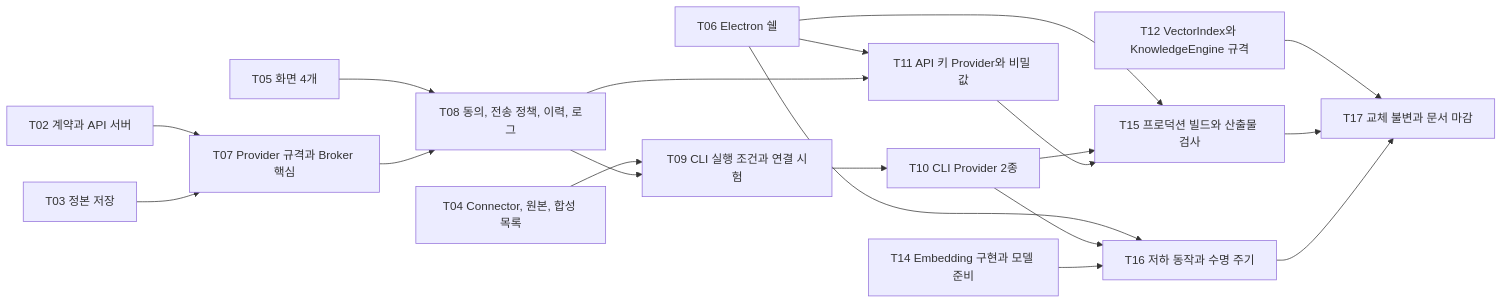
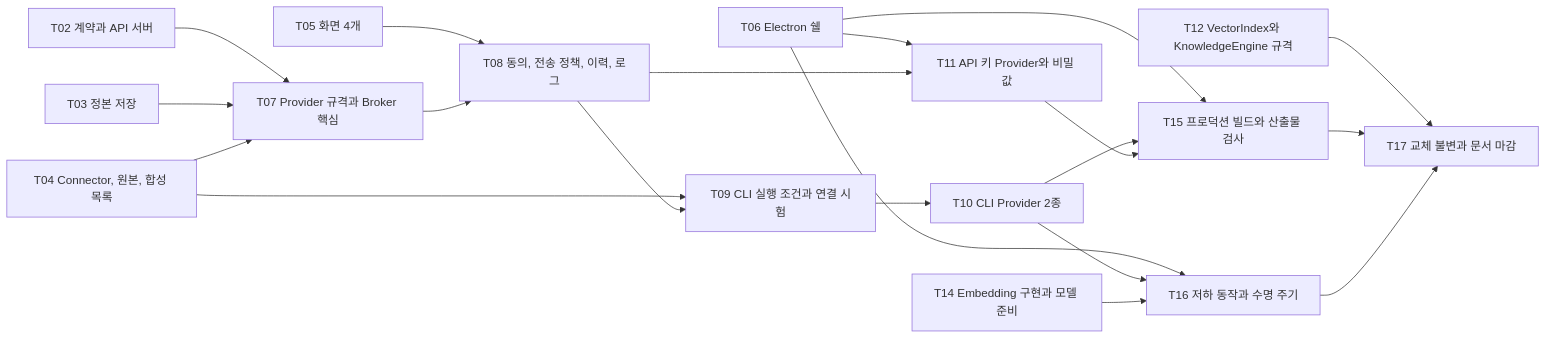
One commit to nohdol97/PKI changed the third of 3 diagrams in docs/specs/2026-11-21-V01-vertical-skeleton.md. Above: the diagram before and after it, drawn with Mermaid. The commit also changed other lines of this file and 9 other files, not shown here.

````diff
--- a/docs/specs/2026-11-21-V01-vertical-skeleton.md
+++ b/docs/specs/2026-11-21-V01-vertical-skeleton.md
@@ -181,21 +187,22 @@
 ```mermaid
 flowchart LR
   T02["T02 계약과 API 서버"] --> T07["T07 Provider 규격과 Broker 핵심"]
   T03["T03 정본 저장"] --> T07
+  T04["T04 Connector, 원본, 합성 목록"] --> T07
   T05["T05 화면 4개"] --> T08["T08 동의, 전송 정책, 이력, 로그"]
   T07 --> T08
-  T04["T04 Connector, 원본, 합성 목록"] --> T09["T09 CLI 실행 조건과 연결 시험"]
+  T04 --> T09["T09 CLI 실행 조건과 연결 시험"]
   T08 --> T09
   T09 --> T10["T10 CLI Provider 2종"]
   T06["T06 Electron 쉘"] --> T11["T11 API 키 Provider와 비밀 값"]
   T08 --> T11
   T06 --> T15["T15 프로덕션 빌드와 산출물 검사"]
   T10 --> T15
   T11 --> T15
   T06 --> T16["T16 저하 동작과 수명 주기"]
   T10 --> T16
   T14["T14 Embedding 구현과 모델 준비"] --> T16
   T12["T12 VectorIndex와 KnowledgeEngine 규격"] --> T17["T17 교체 불변과 문서 마감"]
   T15 --> T17
   T16 --> T17
 ```
````
